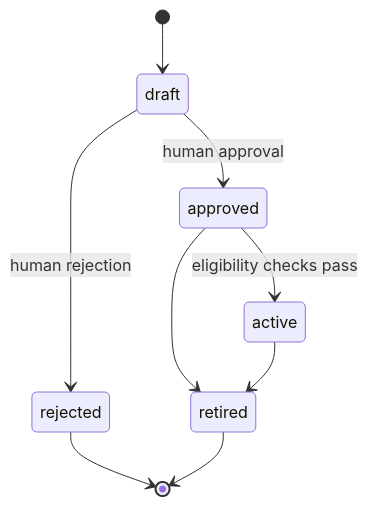
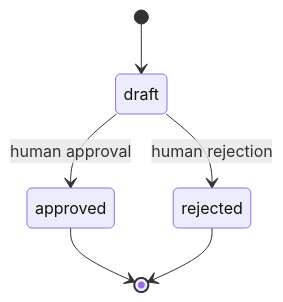
The first of 3 diagrams in docs/06_KNOWLEDGE_ENGINE.md (chenpengfeidp/ai-FSA), drawn with Mermaid before and after one commit. The commit also changed other lines of this file and 17 other files, not shown here.

First line of the commit message:
docs: 新增实现路线图、分析管线、后端架构、逻辑 ERD 四篇文档，重构治理生命周期为根/版本双态

````diff
--- a/docs/06_KNOWLEDGE_ENGINE.md
+++ b/docs/06_KNOWLEDGE_ENGINE.md
@@ -109,11 +109,8 @@
 ```mermaid
 stateDiagram-v2
     [*] --> draft
     draft --> approved: human approval
     draft --> rejected: human rejection
-    approved --> active: eligibility checks pass
-    approved --> retired
-    active --> retired
+    approved --> [*]
     rejected --> [*]
-    retired --> [*]
 ```
````
